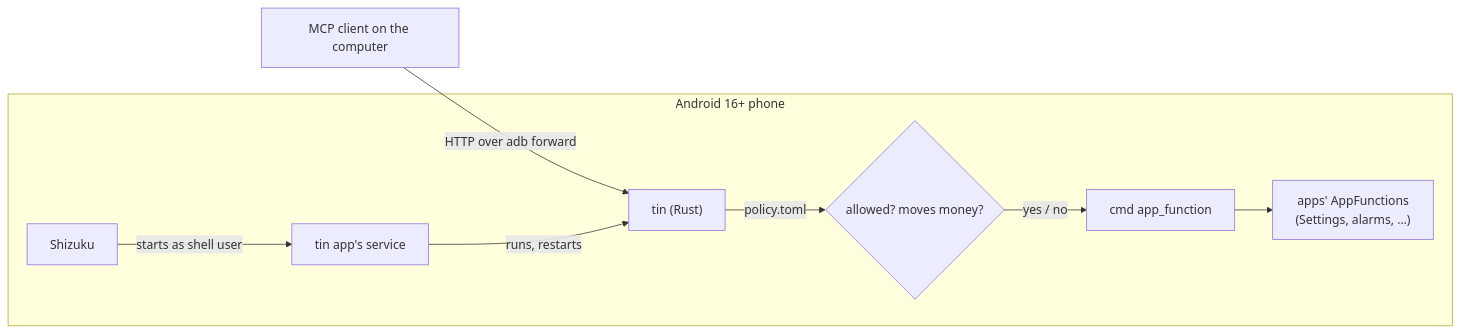
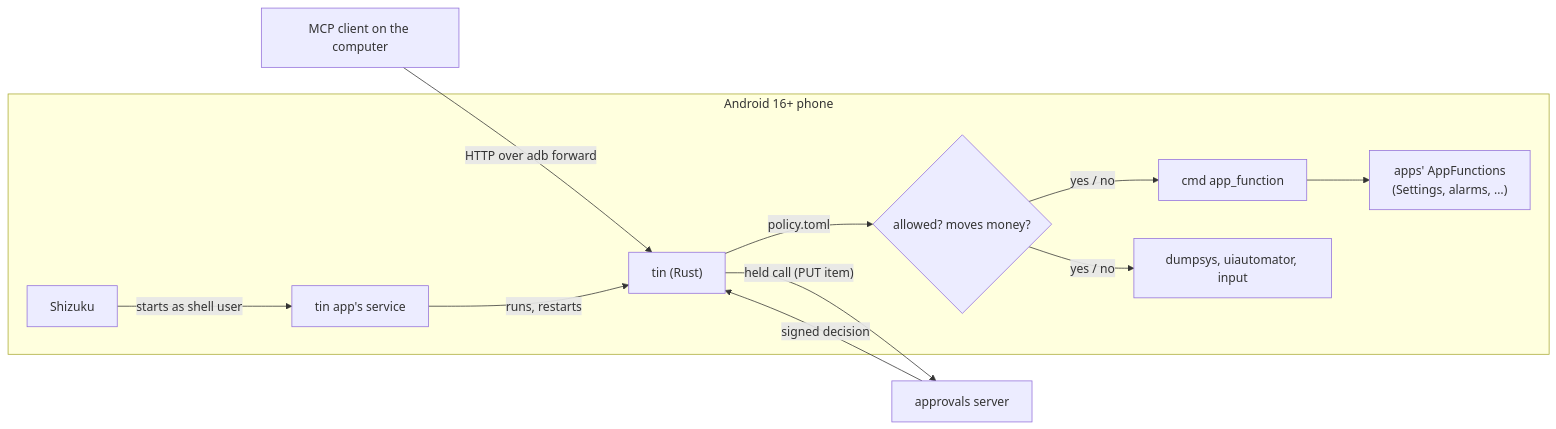
The diagram in README.md (Egoushka/tin), drawn with Mermaid before and after one commit. The commit also changed other lines of this file and 29 other files, not shown here.

First line of the commit message:
feat: system tools over Shizuku shell, writes held for the approvals app

````diff
--- a/README.md
+++ b/README.md
@@ -16,11 +16,14 @@
 ```mermaid
 flowchart LR
     agent["MCP client on the computer"] -- "HTTP over adb forward" --> tin
+    tin -- "held call (PUT item)" --> approvals["approvals server"]
+    approvals -- "signed decision" --> tin
     subgraph phone["Android 16+ phone"]
         shizuku["Shizuku"] -- "starts as shell user" --> host["tin app's service"]
         host -- "runs, restarts" --> tin["tin (Rust)"]
         tin -- "policy.toml" --> policy{"allowed? moves money?"}
         policy -- "yes / no" --> cmd["cmd app_function"]
         cmd --> apps["apps' AppFunctions<br/>(Settings, alarms, …)"]
+        policy -- "yes / no" --> shell["dumpsys, uiautomator, input"]
     end
 ```
````
